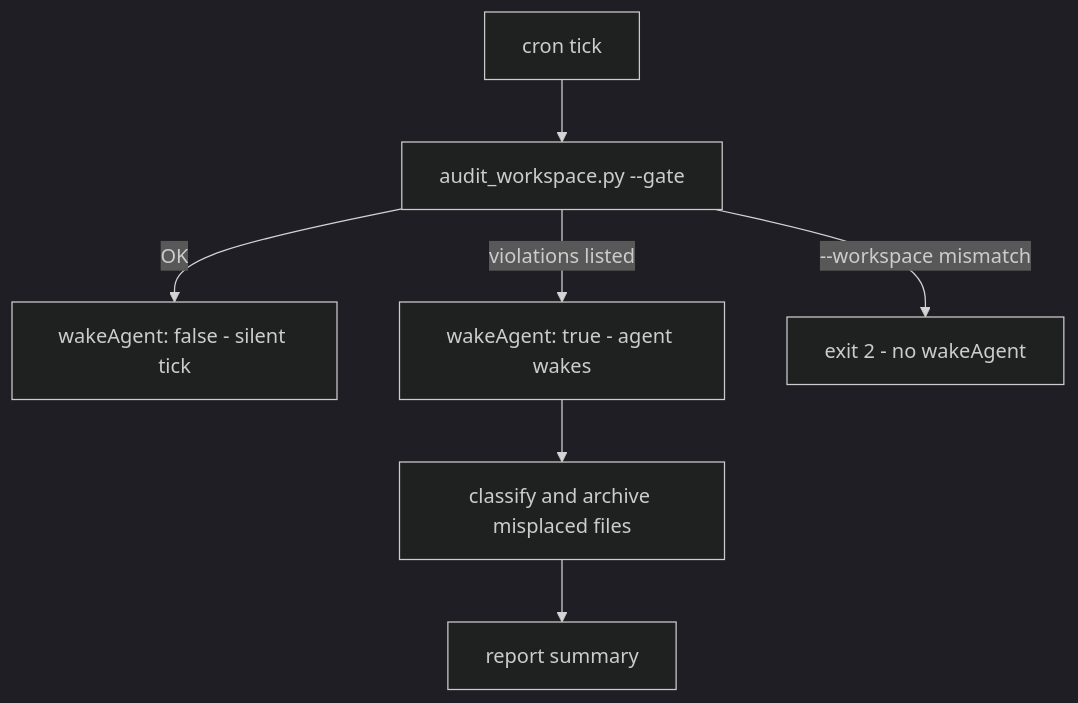
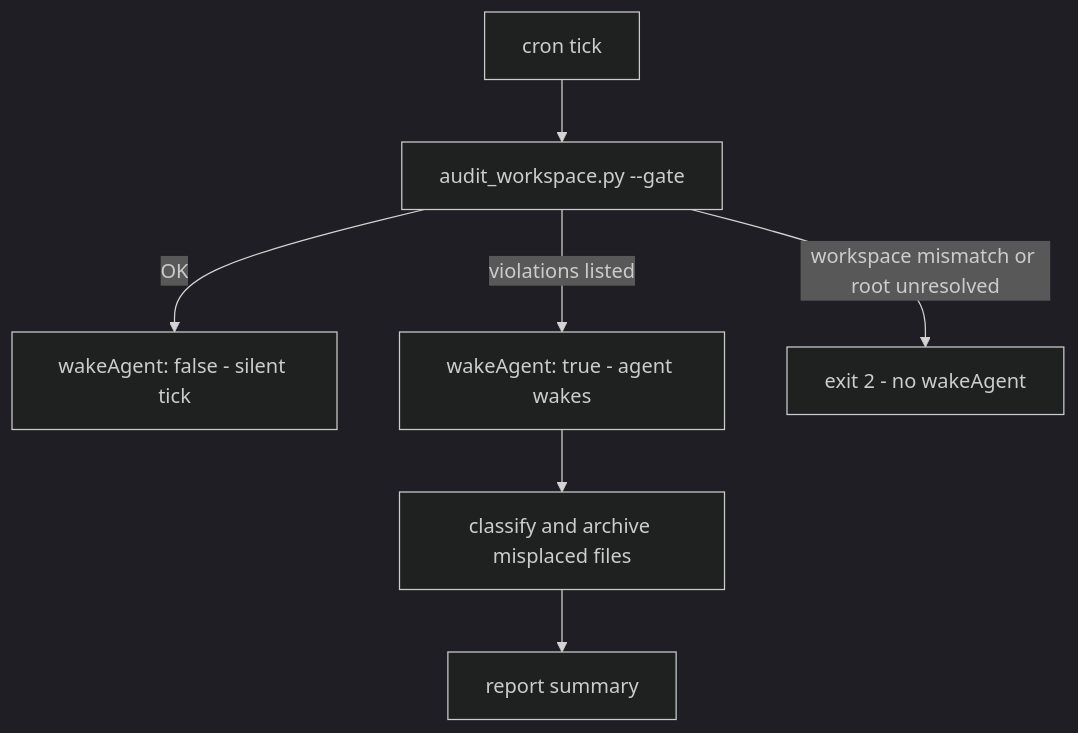
One commit to shawVV1992/dir-whip changed the first of 2 diagrams in README.md. Above: the diagram before and after it, drawn with Mermaid (dark theme). The commit also changed other lines of this file and 5 other files, not shown here.

````diff
--- a/README.md
+++ b/README.md
@@ -344,9 +328,9 @@
 ```mermaid
 flowchart TD
     A[cron tick] --> B[audit_workspace.py --gate]
     B -->|OK| C[wakeAgent: false - silent tick]
     B -->|violations listed| D[wakeAgent: true - agent wakes]
     D --> E[classify and archive misplaced files]
     E --> F[report summary]
-    B -->|--workspace mismatch| G[exit 2 - no wakeAgent]
+    B -->|workspace mismatch or root unresolved| G[exit 2 - no wakeAgent]
 ```
````
